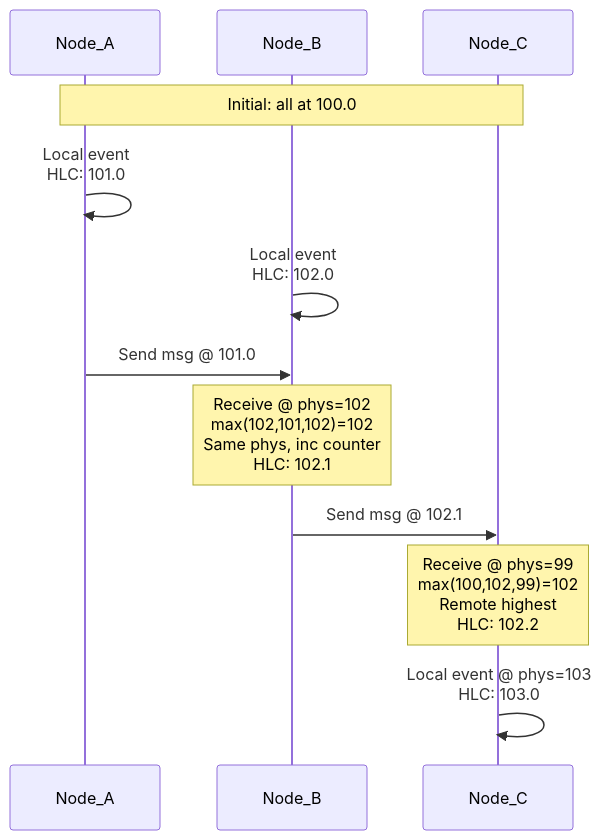
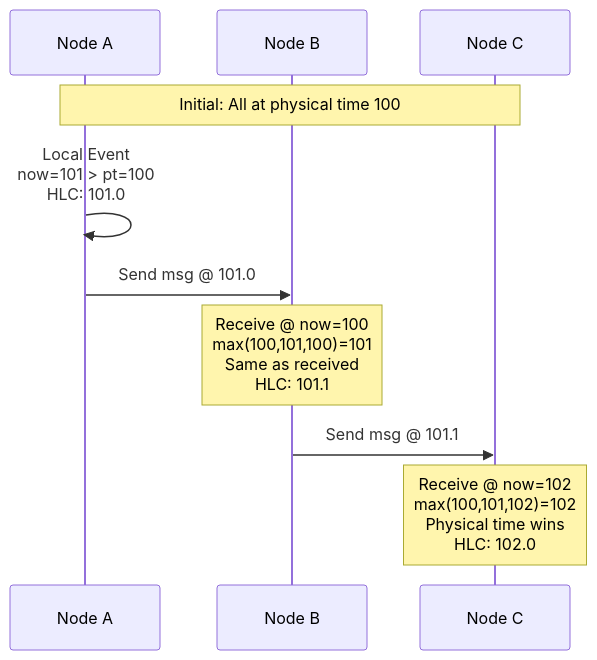
The third of 5 diagrams in docs/pattern-library/coordination/hlc.md (deepaucksharma/DStudio), drawn with Mermaid before and after one commit. The commit also changed other lines of this file and 92 other files, not shown here.

````diff
--- a/docs/pattern-library/coordination/hlc.md
+++ b/docs/pattern-library/coordination/hlc.md
@@ -225,19 +134,16 @@
 ```mermaid
 sequenceDiagram
-    participant Node_A
-    participant Node_B
-    participant Node_C
+    participant A as Node A
+    participant B as Node B
+    participant C as Node C
     
-    Note over Node_A,Node_C: Initial: all at 100.0
+    Note over A,C: Initial: All at physical time 100
     
-    Node_A->>Node_A: Local event<br/>HLC: 101.0
-    Node_B->>Node_B: Local event<br/>HLC: 102.0
+    A->>A: Local Event<br/>now=101 > pt=100<br/>HLC: 101.0
     
-    Node_A->>Node_B: Send msg @ 101.0
-    Note over Node_B: Receive @ phys=102<br/>max(102,101,102)=102<br/>Same phys, inc counter<br/>HLC: 102.1
+    A->>B: Send msg @ 101.0
+    Note over B: Receive @ now=100<br/>max(100,101,100)=101<br/>Same as received<br/>HLC: 101.1
     
-    Node_B->>Node_C: Send msg @ 102.1
-    Note over Node_C: Receive @ phys=99<br/>max(100,102,99)=102<br/>Remote highest<br/>HLC: 102.2
-    
-    Node_C->>Node_C: Local event @ phys=103<br/>HLC: 103.0
+    B->>C: Send msg @ 101.1
+    Note over C: Receive @ now=102<br/>max(100,101,102)=102<br/>Physical time wins<br/>HLC: 102.0
 ```
````
